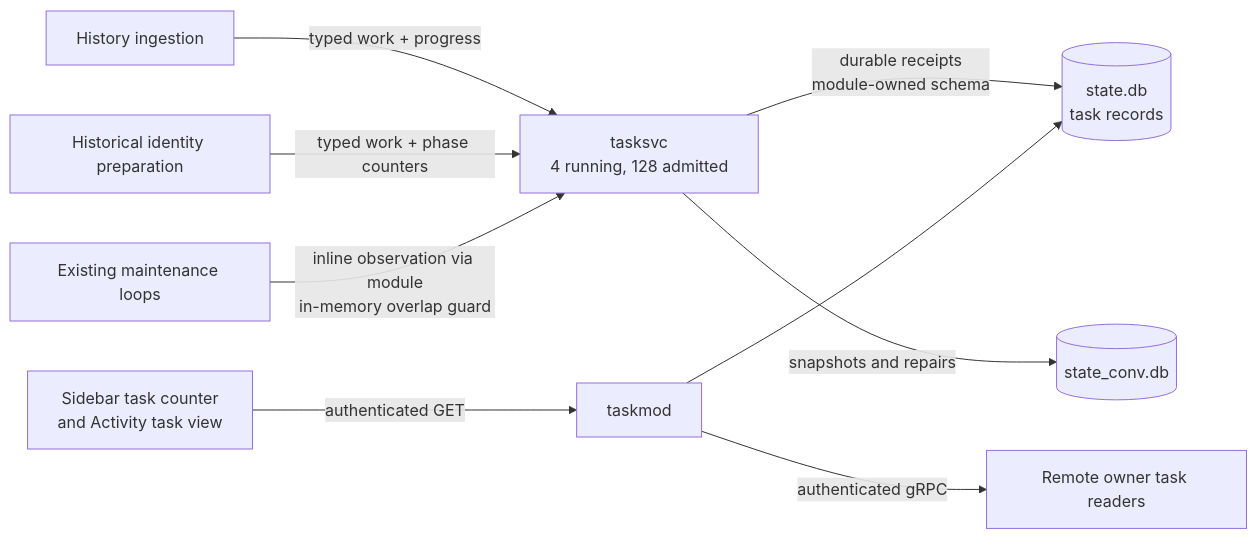
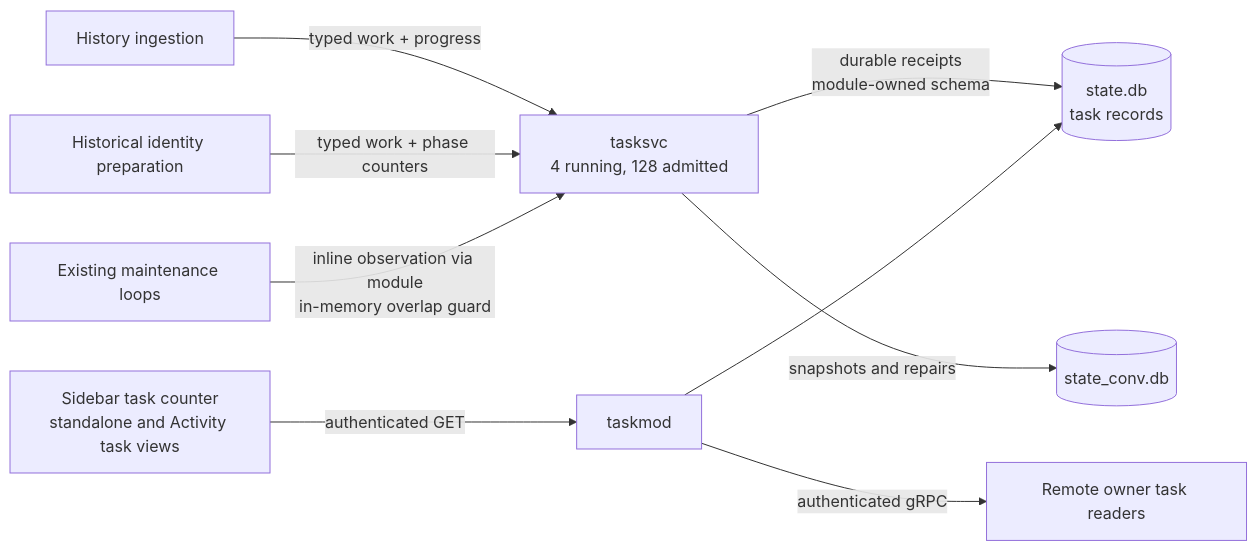
Before and after one commit to ocman/ocman: the seventh of 7 diagrams in docs/other/architecture-history.md, drawn with Mermaid. The commit also changed other lines of this file, not shown here.

Commit message:
docs(activity): clarify background task navigation entry points

````diff
--- a/docs/other/architecture-history.md
+++ b/docs/other/architecture-history.md
@@ -773,11 +774,11 @@
 ```mermaid
 flowchart LR
     Import[History ingestion] -->|typed work + progress| Manager[tasksvc<br/>4 running, 128 admitted]
     Prepare[Historical identity preparation] -->|typed work + phase counters| Manager
     Schedule[Existing maintenance loops] -->|inline observation via module<br/>in-memory overlap guard| Manager
     Manager -->|durable receipts<br/>module-owned schema| State[(state.db<br/>task records)]
-    Browser[Sidebar task counter<br/>and Activity task view] -->|authenticated GET| API[taskmod]
+    Browser[Sidebar task counter<br/>standalone and Activity task views] -->|authenticated GET| API[taskmod]
     API --> State
     API -->|authenticated gRPC| Remote[Remote owner task readers]
     Manager -->|snapshots and repairs| History[(state_conv.db)]
 ```
````
